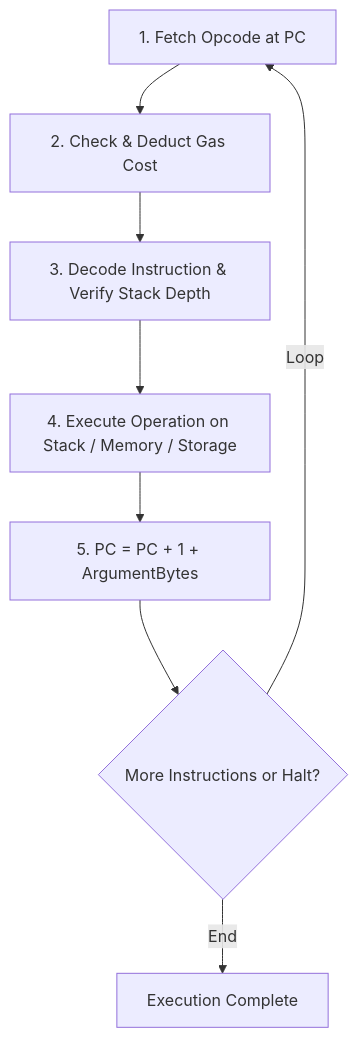
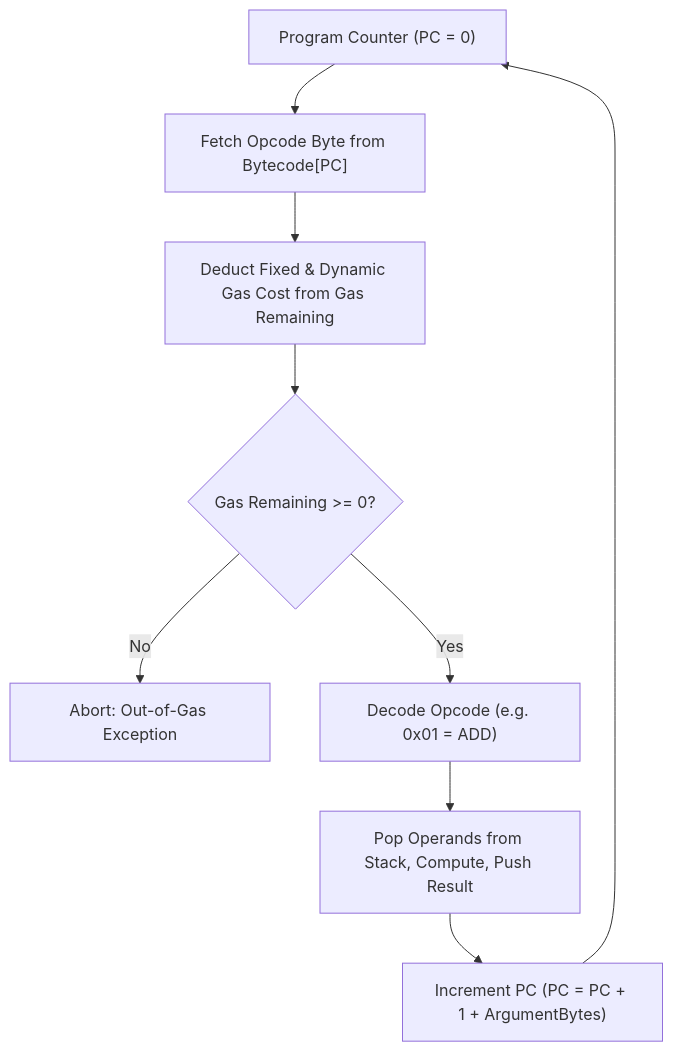
The fourth of 6 diagrams in docs/learn/fundamentals/04-programmability-and-vm/02-ethereum-virtual-machine.md (ub-society/modules), drawn with Mermaid before and after one commit. The commit also changed other lines of this file and 4 other files, not shown here.

````diff
--- a/docs/learn/fundamentals/04-programmability-and-vm/02-ethereum-virtual-machine.md
+++ b/docs/learn/fundamentals/04-programmability-and-vm/02-ethereum-virtual-machine.md
@@ -67,10 +130,11 @@
 ```mermaid
 flowchart TD
-    Fetch[1. Fetch Opcode at PC] --> CheckGas[2. Check & Deduct Gas Cost]
-    CheckGas --> Decode[3. Decode Instruction & Verify Stack Depth]
-    Decode --> Execute[4. Execute Operation on Stack / Memory / Storage]
-    Execute --> Increment[5. PC = PC + 1 + ArgumentBytes]
-    Increment --> Next{More Instructions or Halt?}
-    Next -- Loop --> Fetch
-    Next -- End --> Halt[Execution Complete]
+    PC["Program Counter (PC = 0)"] --> Fetch["Fetch Opcode Byte from Bytecode[PC]"]
+    Fetch --> DeductGas["Deduct Fixed & Dynamic Gas Cost from Gas Remaining"]
+    DeductGas --> CheckGas{"Gas Remaining >= 0?"}
+    CheckGas -- No --> OOG["Abort: Out-of-Gas Exception"]
+    CheckGas -- Yes --> Decode["Decode Opcode (e.g. 0x01 = ADD)"]
+    Decode --> Execute["Pop Operands from Stack, Compute, Push Result"]
+    Execute --> IncrementPC["Increment PC (PC = PC + 1 + ArgumentBytes)"]
+    IncrementPC --> PC
 ```
````
